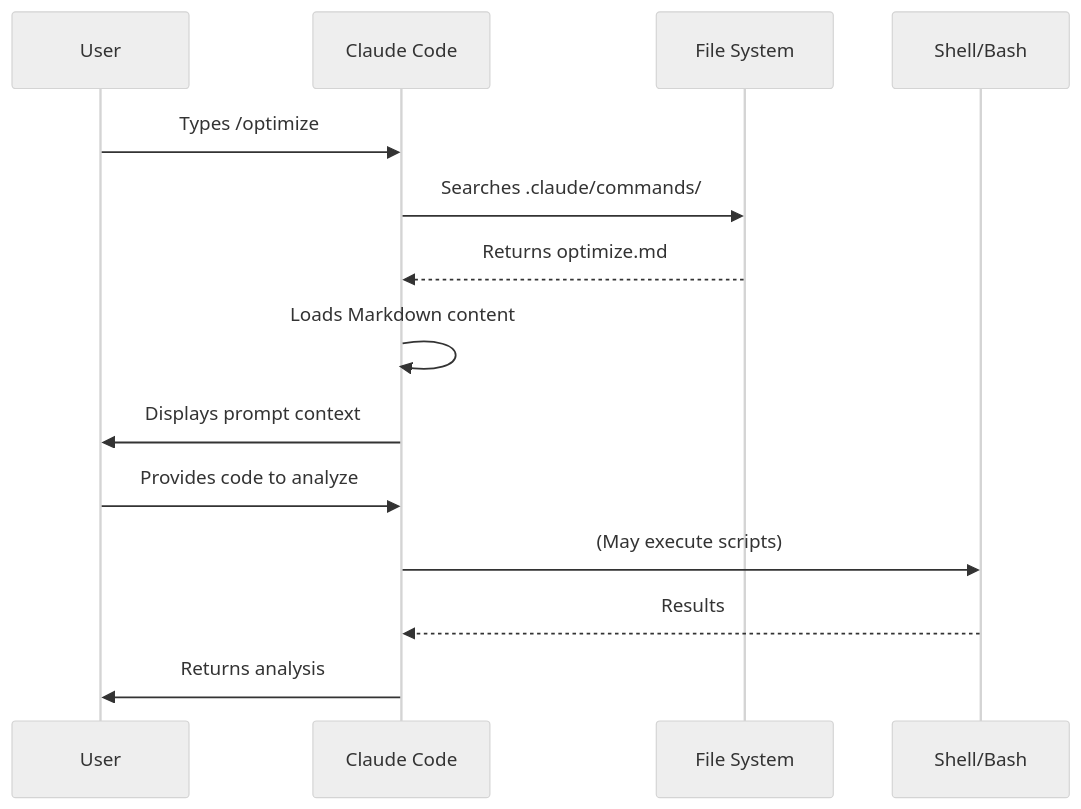
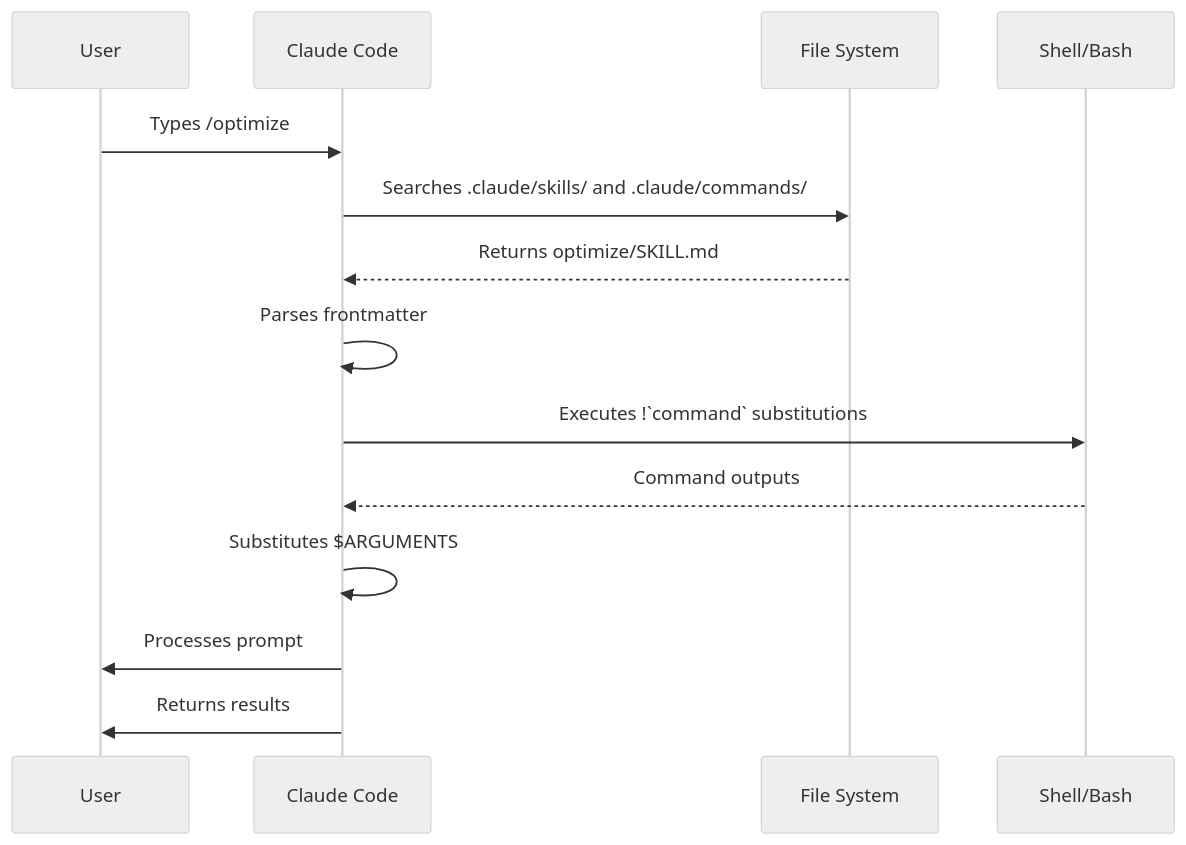
The second of 2 diagrams in 01-slash-commands/README.md (omnimasudo/croft-howto), drawn with Mermaid (neutral theme) before and after one commit. The commit also changed other lines of this file, not shown here.

First line of the commit message:
docs: Update slash commands guide to reflect skills merge

````diff
--- a/01-slash-commands/README.md
+++ b/01-slash-commands/README.md
@@ -304,17 +265,17 @@
 ```mermaid
 sequenceDiagram
     participant User
     participant Claude as Claude Code
     participant FS as File System
     participant CLI as Shell/Bash
 
     User->>Claude: Types /optimize
-    Claude->>FS: Searches .claude/commands/
-    FS-->>Claude: Returns optimize.md
-    Claude->>Claude: Loads Markdown content
-    Claude->>User: Displays prompt context
-    User->>Claude: Provides code to analyze
-    Claude->>CLI: (May execute scripts)
-    CLI-->>Claude: Results
-    Claude->>User: Returns analysis
+    Claude->>FS: Searches .claude/skills/ and .claude/commands/
+    FS-->>Claude: Returns optimize/SKILL.md
+    Claude->>Claude: Parses frontmatter
+    Claude->>CLI: Executes !`command` substitutions
+    CLI-->>Claude: Command outputs
+    Claude->>Claude: Substitutes $ARGUMENTS
+    Claude->>User: Processes prompt
+    Claude->>User: Returns results
 ```
````
